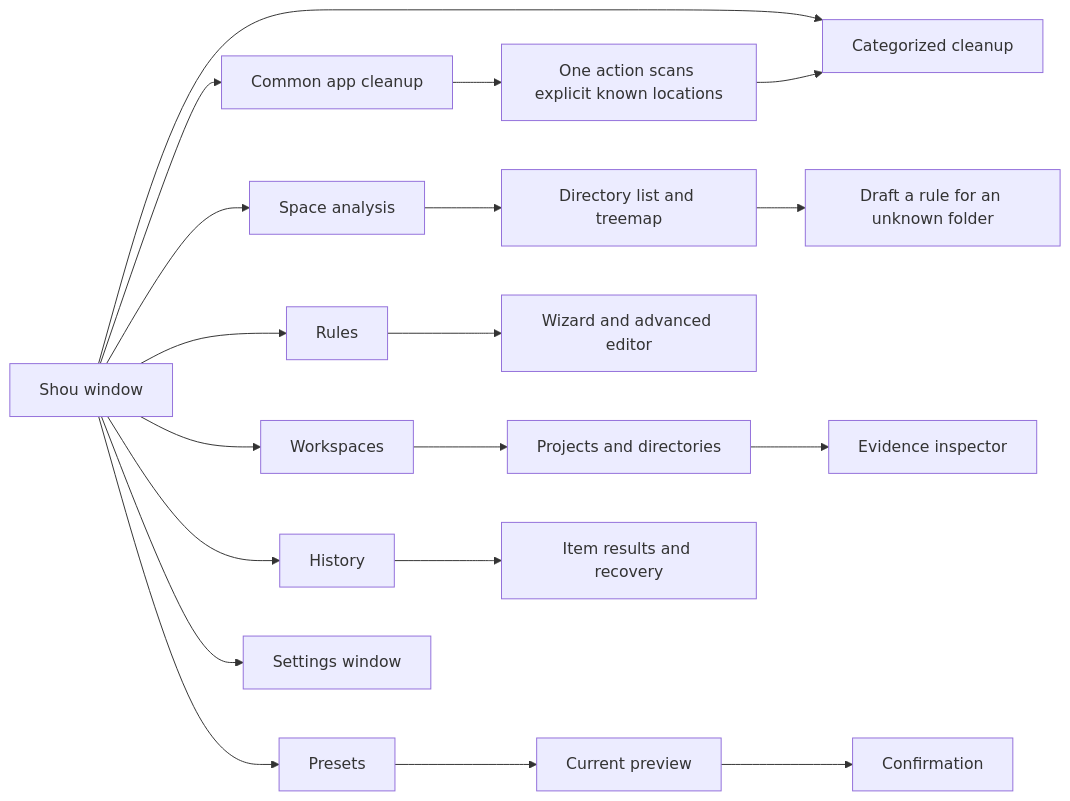
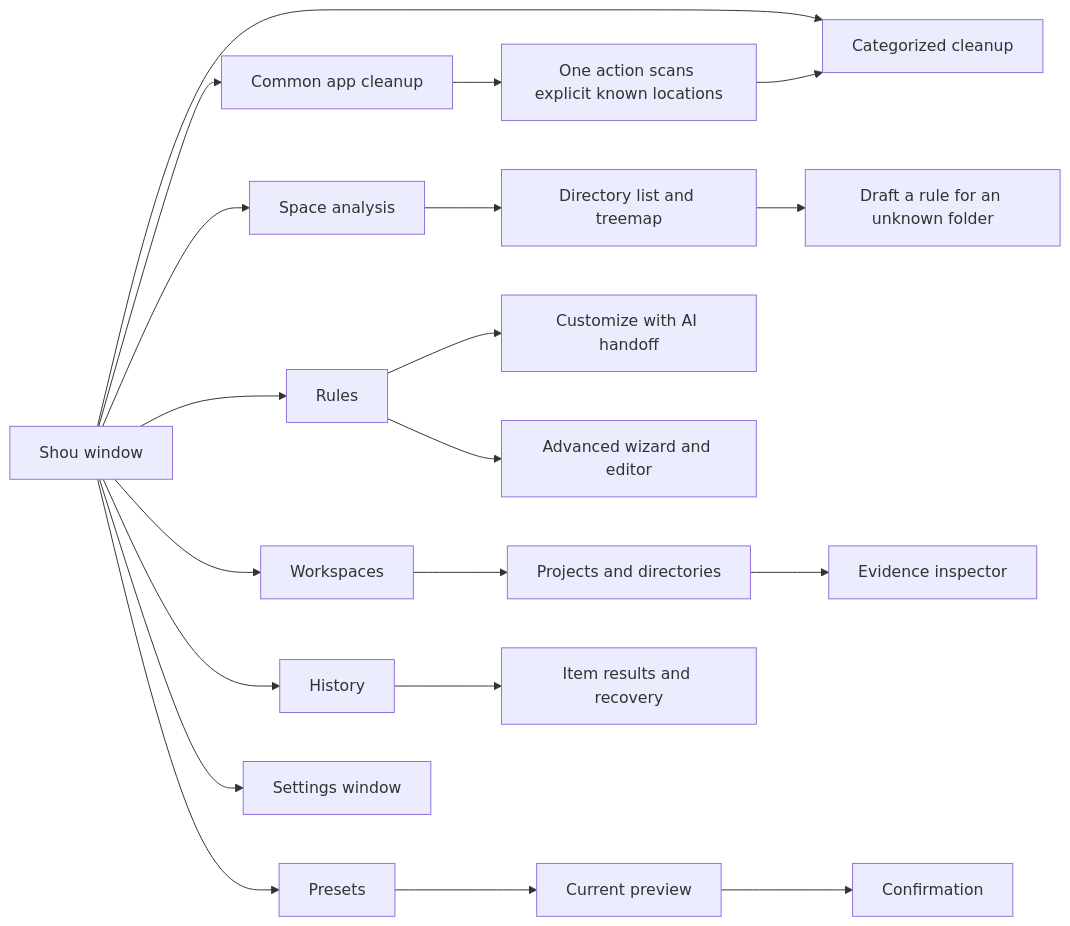
Before and after one commit to limecloud/shou: the first of 2 diagrams in docs/product/macos-experience.md, drawn with Mermaid. The commit also changed other lines of this file and 99 other files, not shown here.

````diff
--- a/docs/product/macos-experience.md
+++ b/docs/product/macos-experience.md
@@ -13,21 +18,22 @@
 ```mermaid
 flowchart LR
     App[Shou window] --> Overview[Categorized cleanup]
     App --> Common[Common app cleanup]
     Common --> Inventory[One action scans explicit known locations]
     Inventory --> Overview
     App --> Analysis[Space analysis]
     Analysis --> Browse[Directory list and treemap]
     Browse --> Draft[Draft a rule for an unknown folder]
     App --> Workspaces[Workspaces]
     App --> Rules[Rules]
     App --> Presets[Presets]
     App --> History[History]
     Workspaces --> Projects[Projects and directories]
     Projects --> Inspector[Evidence inspector]
-    Rules --> Editor[Wizard and advanced editor]
+    Rules --> Agent[Customize with AI handoff]
+    Rules --> Editor[Advanced wizard and editor]
     Presets --> Preview[Current preview]
     Preview --> Confirm[Confirmation]
     History --> Receipt[Item results and recovery]
     App --> Settings[Settings window]
 ```
````
